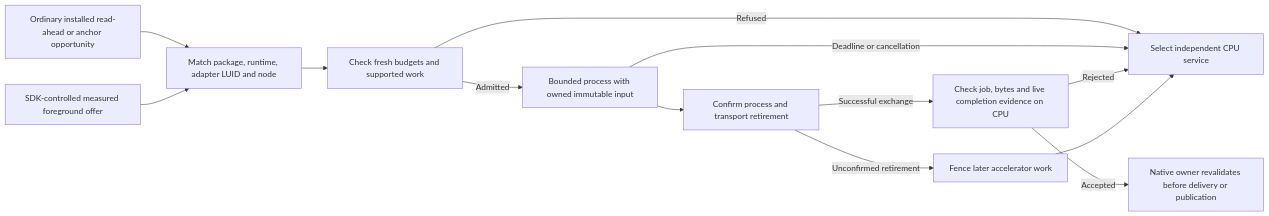
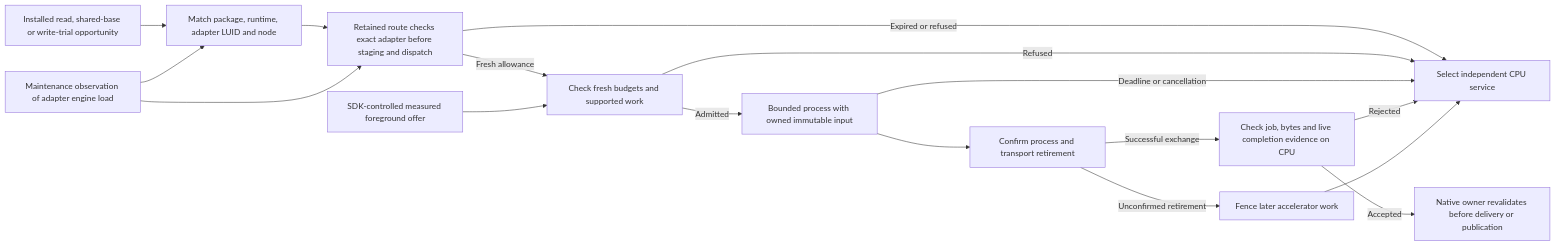
Diagram 15 of 20 in docs/architecture/CURRENT.md (strmt7/FlitzFS), drawn with Mermaid before and after one commit. The commit also changed other lines of this file and 19 other files, not shown here.

First line of the commit message:
Check current engine pressure on retained AMD routes

````diff
--- a/docs/architecture/CURRENT.md
+++ b/docs/architecture/CURRENT.md
@@ -578,15 +578,19 @@
 ```mermaid
 flowchart LR
-    B["Ordinary installed read-ahead or anchor opportunity"] --> Discover["Match package, runtime, adapter LUID and node"]
-    F["SDK-controlled measured foreground offer"] --> Discover
-    Discover --> Admit["Check fresh budgets and supported work"]
+    B["Installed read, shared-base or write-trial opportunity"] --> Discover["Match package, runtime, adapter LUID and node"]
+    P["Maintenance observation of adapter engine load"] --> Discover
+    Discover --> Retained["Retained route checks exact adapter before staging and dispatch"]
+    P --> Retained
+    Retained -->|Fresh allowance| Admit["Check fresh budgets and supported work"]
+    Retained -->|Expired or refused| CPU
+    F["SDK-controlled measured foreground offer"] --> Admit
     Admit -->|Admitted| Worker["Bounded process with owned immutable input"]
     Admit -->|Refused| CPU["Select independent CPU service"]
     Worker -->|Deadline or cancellation| CPU
     Worker --> End["Confirm process and transport retirement"]
     End -->|Successful exchange| Validate["Check job, bytes and live completion evidence on CPU"]
     Validate -->|Accepted| Publish["Native owner revalidates before delivery or publication"]
     Validate -->|Rejected| CPU
     End -->|Unconfirmed retirement| Quarantine["Fence later accelerator work"]
     Quarantine --> CPU
 ```
````
